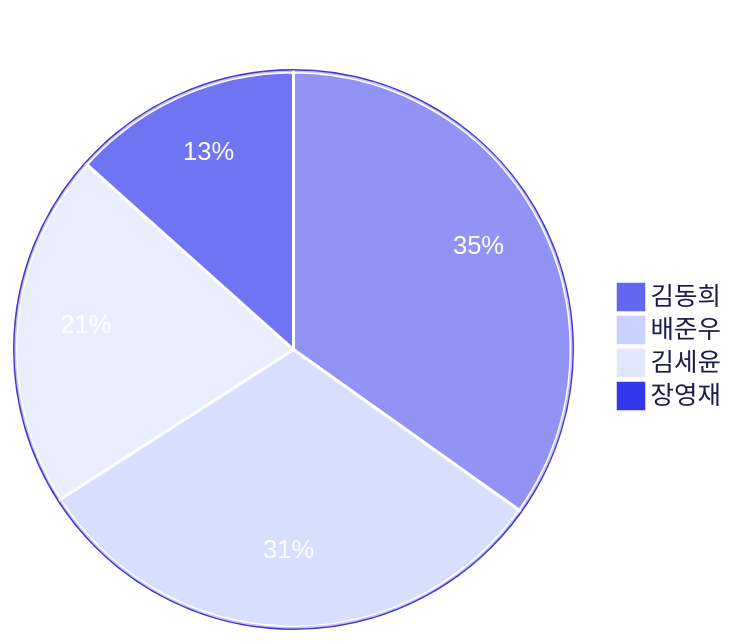
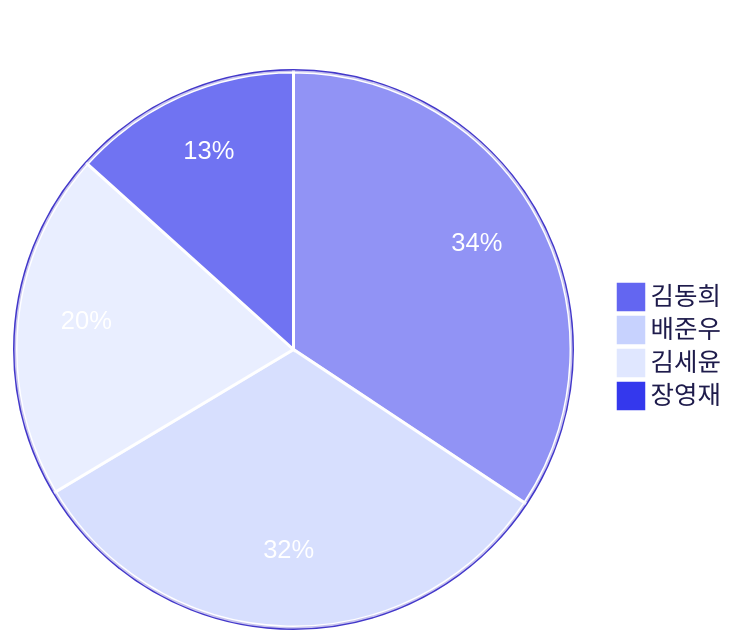
One commit to 3rd-project-team-1/ALYAC-market-team1 changed the third of 4 diagrams in README.md. Above: the diagram before and after it, drawn with Mermaid. The commit also changed other lines of this file, not shown here.

Commit message:
docs: 커밋 활동 차트 자동 업데이트 [skip ci]

````diff
--- a/README.md
+++ b/README.md
@@ -430,17 +430,17 @@
 ```mermaid
 %%{init: { 'theme': 'base', 'themeVariables': {
   'primaryColor': '#6366f1',
   'primaryTextColor': '#ffffff',
   'primaryBorderColor': '#4338ca',
   'secondaryColor': '#c7d2fe',
   'tertiaryColor': '#e0e7ff',
   'pieLegendTextColor': '#1e1b4b',
   'pieStrokeColor': '#ffffff',
   'pieOuterStrokeColor': '#4338ca'
 } } }%%
 pie title 기여자별 커밋 수
-  "김동희" : 138
-  "배준우" : 123
+  "김동희" : 139
+  "배준우" : 130
   "김세윤" : 82
-  "장영재" : 53
+  "장영재" : 54
 ```
````
